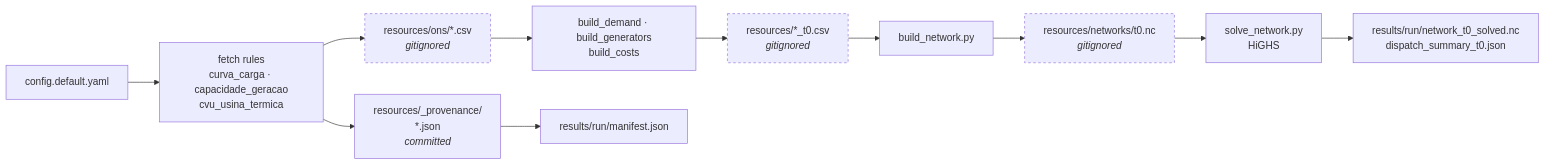
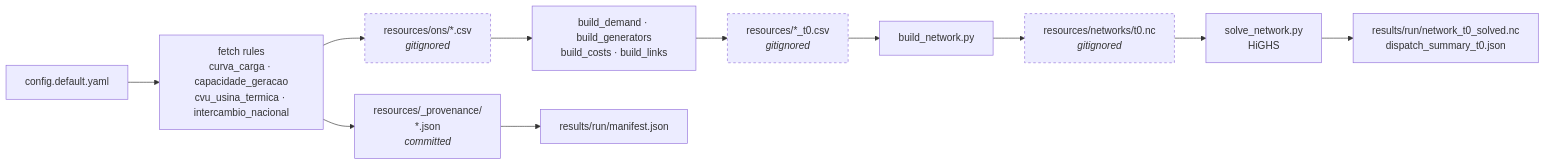
One commit to leonardovbonatto/pypsa-meets-brazil changed the first of 12 diagrams in docs/STACK.md. Above: the diagram before and after it, drawn with Mermaid. The commit also changed other lines of this file and 7 other files, not shown here.

````diff
--- a/docs/STACK.md
+++ b/docs/STACK.md
@@ -51,17 +55,17 @@
 ```mermaid
 flowchart LR
-    A["config.default.yaml"] --> B["fetch rules<br/>curva_carga · capacidade_geracao<br/>cvu_usina_termica"]
+    A["config.default.yaml"] --> B["fetch rules<br/>curva_carga · capacidade_geracao<br/>cvu_usina_termica · intercambio_nacional"]
     B --> C["resources/ons/*.csv<br/><i>gitignored</i>"]
     B --> D["resources/_provenance/<br/>*.json<br/><i>committed</i>"]
-    C --> E["build_demand · build_generators<br/>build_costs"]
+    C --> E["build_demand · build_generators<br/>build_costs · build_links"]
     E --> F["resources/*_t0.csv<br/><i>gitignored</i>"]
     F --> J["build_network.py"]
     J --> K["resources/networks/t0.nc<br/><i>gitignored</i>"]
     K --> L["solve_network.py<br/>HiGHS"]
     L --> M["results/run/network_t0_solved.nc<br/>dispatch_summary_t0.json"]
     D --> G["results/run/manifest.json"]
 
     style C stroke-dasharray: 4 4
     style F stroke-dasharray: 4 4
     style K stroke-dasharray: 4 4
 ```
````
